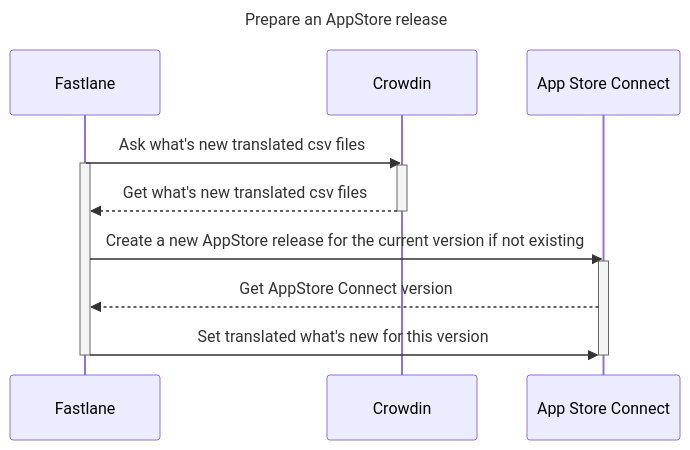
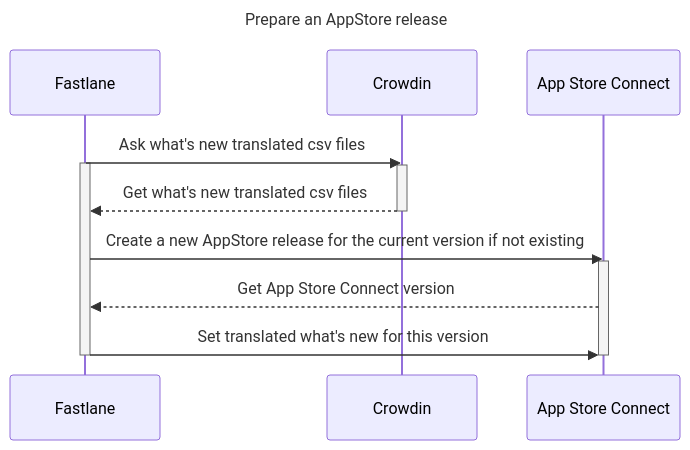
Before and after one commit to SRGSSR/playsrg-apple: the sixth of 7 diagrams in docs/WORKFLOWS.md, drawn with Mermaid. The commit also changed other lines of this file, not shown here.

````diff
--- a/docs/WORKFLOWS.md
+++ b/docs/WORKFLOWS.md
@@ -254,18 +264,18 @@
 ```mermaid
 ---
 title: Prepare an AppStore release
 ---
 sequenceDiagram
     Fastlane->>Crowdin: Ask what's new translated csv files
     activate Fastlane
 	activate Crowdin
 	Crowdin-->>Fastlane: Get what's new translated csv files
 	deactivate Crowdin
 	participant ASC as App Store Connect
 	Fastlane->>ASC: Create a new AppStore release for the current version if not existing
 	activate ASC
-	ASC-->>Fastlane: Get AppStore Connect version
+	ASC-->>Fastlane: Get App Store Connect version
 	Fastlane->>ASC: Set translated what's new for this version
 	deactivate ASC
 	deactivate Fastlane
 ```
````
